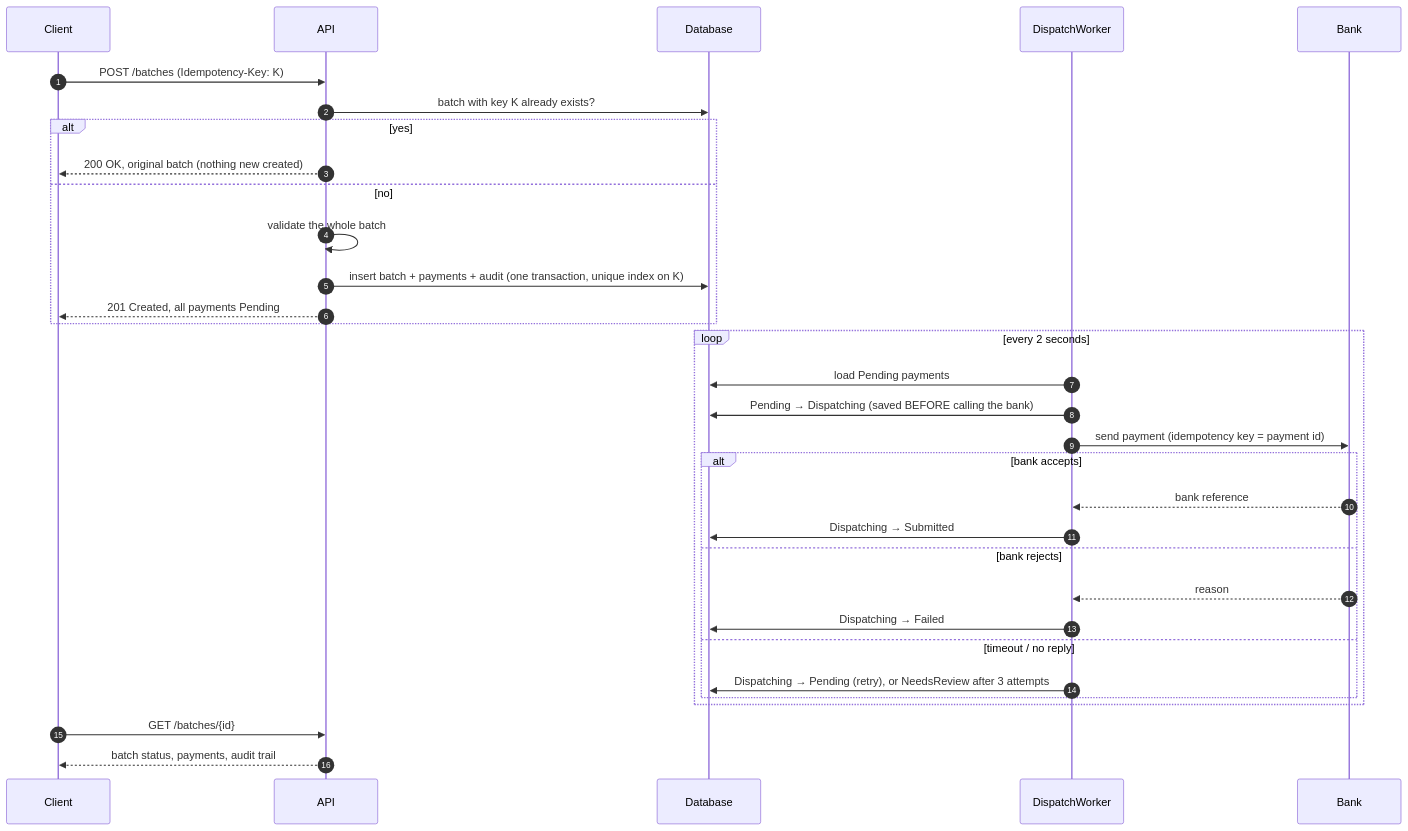
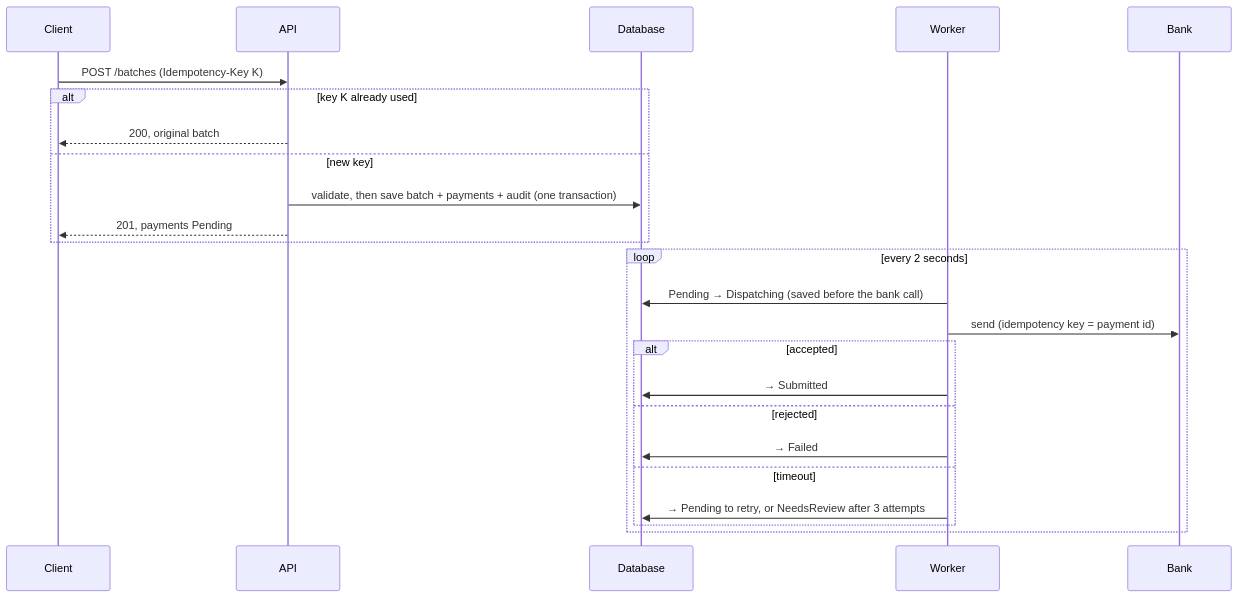
One commit to akj627/payment-service changed the second of 5 diagrams in docs/ARCHITECTURE.md. Above: the diagram before and after it, drawn with Mermaid. The commit also changed other lines of this file and 2 other files, not shown here.

````diff
--- a/docs/ARCHITECTURE.md
+++ b/docs/ARCHITECTURE.md
@@ -65,37 +55,28 @@
 ```mermaid
 sequenceDiagram
-    autonumber
     participant C as Client
     participant A as API
     participant DB as Database
-    participant W as DispatchWorker
+    participant W as Worker
     participant B as Bank
 
-    C->>A: POST /batches (Idempotency-Key: K)
-    A->>DB: batch with key K already exists?
-    alt yes
-        A-->>C: 200 OK, original batch (nothing new created)
-    else no
-        A->>A: validate the whole batch
-        A->>DB: insert batch + payments + audit (one transaction, unique index on K)
-        A-->>C: 201 Created, all payments Pending
+    C->>A: POST /batches (Idempotency-Key K)
+    alt key K already used
+        A-->>C: 200, original batch
+    else new key
+        A->>DB: validate, then save batch + payments + audit (one transaction)
+        A-->>C: 201, payments Pending
     end
 
     loop every 2 seconds
-        W->>DB: load Pending payments
-        W->>DB: Pending → Dispatching (saved BEFORE calling the bank)
-        W->>B: send payment (idempotency key = payment id)
-        alt bank accepts
-            B-->>W: bank reference
-            W->>DB: Dispatching → Submitted
-        else bank rejects
-            B-->>W: reason
-            W->>DB: Dispatching → Failed
-        else timeout / no reply
-            W->>DB: Dispatching → Pending (retry), or NeedsReview after 3 attempts
+        W->>DB: Pending → Dispatching (saved before the bank call)
+        W->>B: send (idempotency key = payment id)
+        alt accepted
+            W->>DB: → Submitted
+        else rejected
+            W->>DB: → Failed
+        else timeout
+            W->>DB: → Pending to retry, or NeedsReview after 3 attempts
         end
     end
-
-    C->>A: GET /batches/{id}
-    A-->>C: batch status, payments, audit trail
 ```
````
